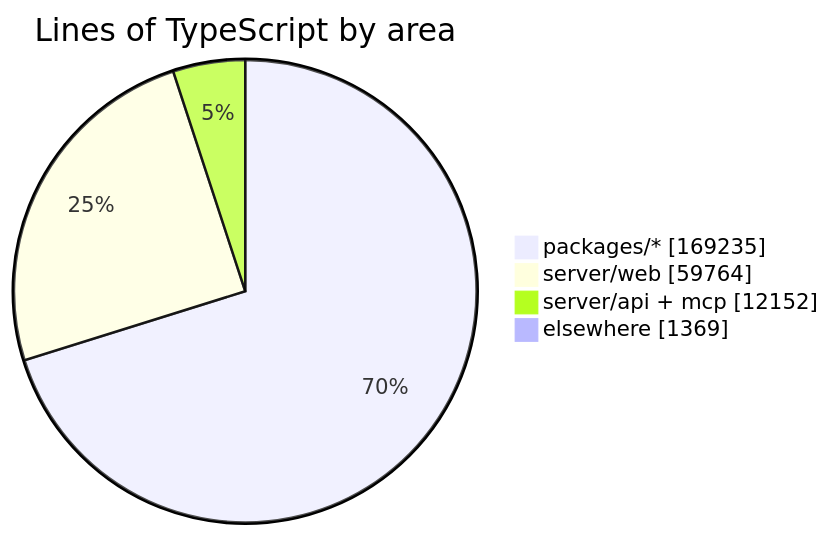
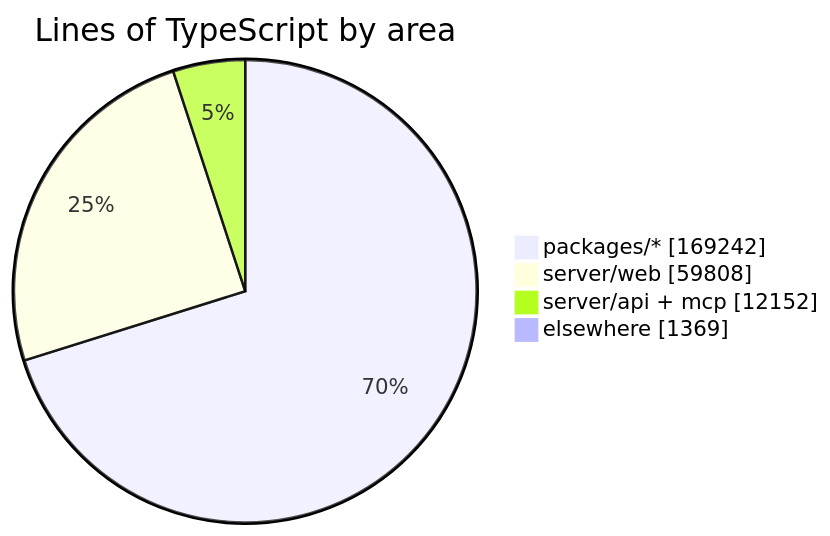
One commit to crossworks-engineering/mantle changed the diagram in README.md. Above: the diagram before and after it, drawn with Mermaid. The commit also changed other lines of this file and 2 other files, not shown here.

````diff
--- a/README.md
+++ b/README.md
@@ -279,7 +279,7 @@
 ```mermaid
 pie showData title Lines of TypeScript by area
-    "packages/*" : 169235
-    "server/web" : 59764
+    "packages/*" : 169242
+    "server/web" : 59808
     "server/api + mcp" : 12152
     "elsewhere" : 1369
 ```
````
